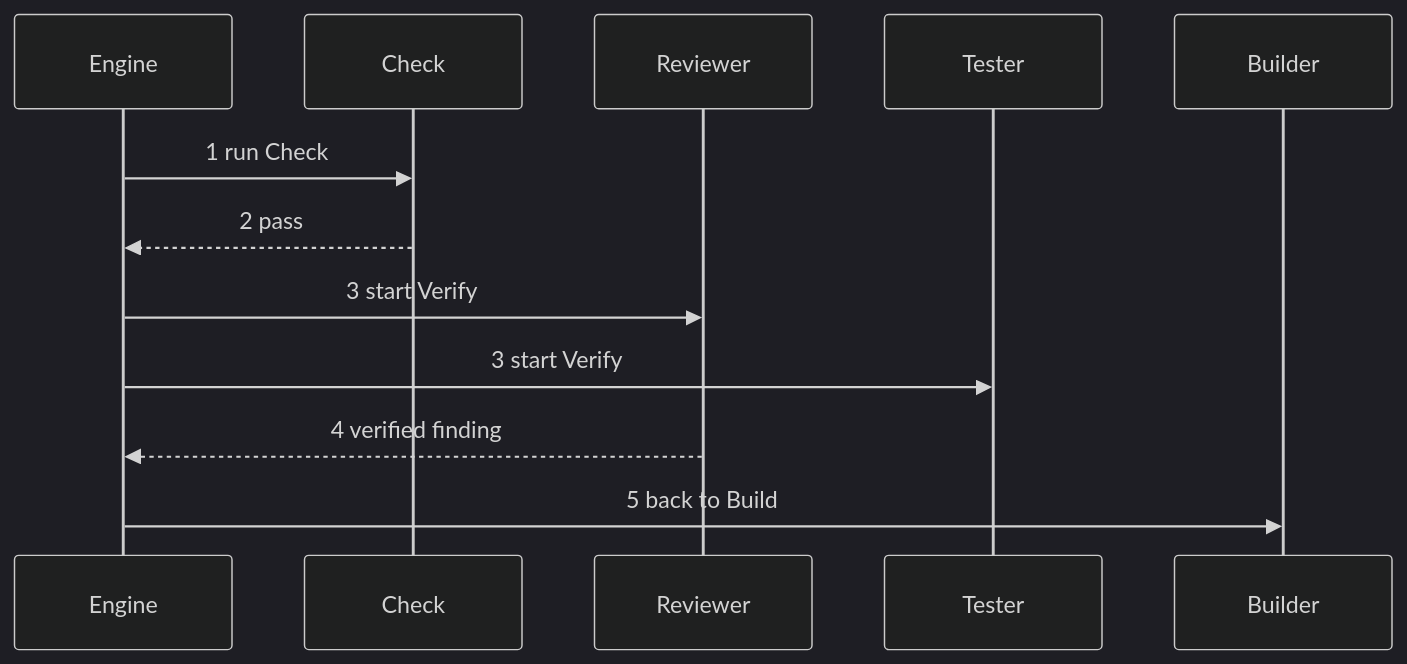
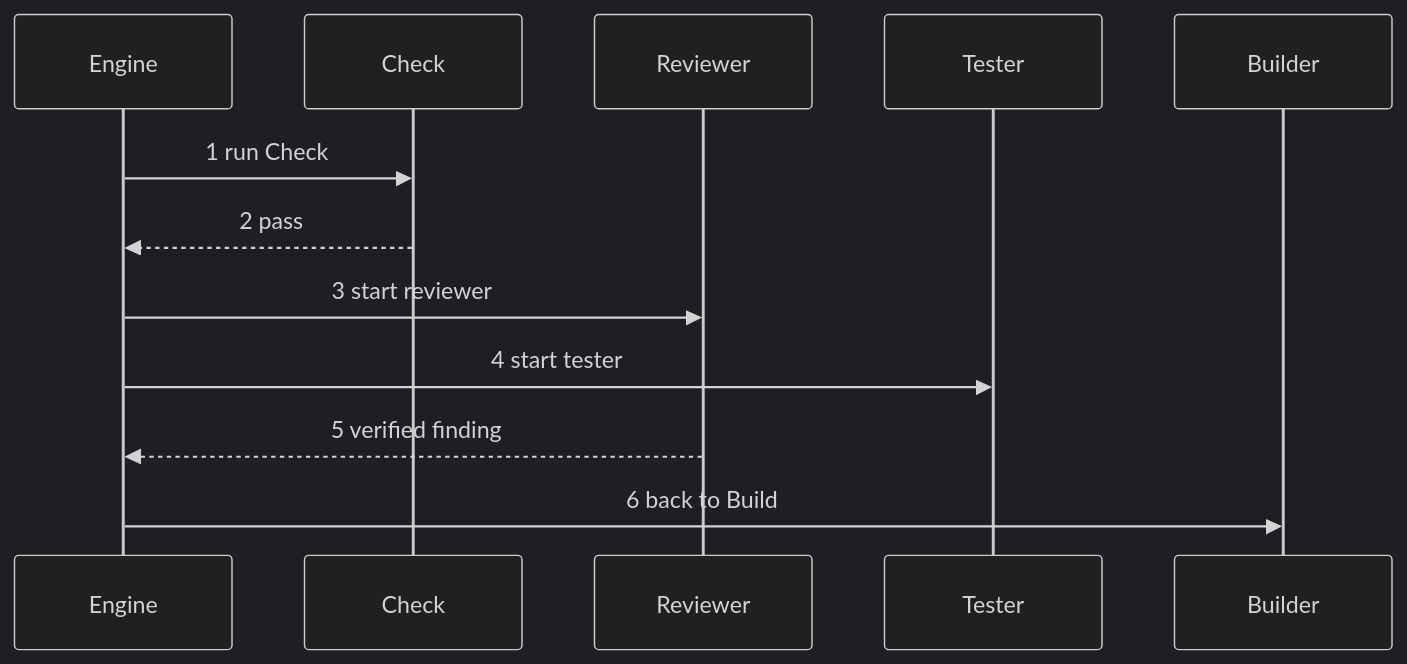
One commit to rdevitto86/komodo-agentic-harness-coding changed diagram 24 of 45 in docs/hld.md. Above: the diagram before and after it, drawn with Mermaid (dark theme). The commit also changed other lines of this file, not shown here.

````diff
--- a/docs/hld.md
+++ b/docs/hld.md
@@ -1178,14 +1179,14 @@
 ```mermaid
 sequenceDiagram
   participant E as Engine
   participant C as Check
   participant R as Reviewer
   participant T as Tester
   participant B as Builder
   E->>C: 1 run Check
   C-->>E: 2 pass
-  E->>R: 3 start Verify
-  E->>T: 3 start Verify
-  R-->>E: 4 verified finding
-  E->>B: 5 back to Build
+  E->>R: 3 start reviewer
+  E->>T: 4 start tester
+  R-->>E: 5 verified finding
+  E->>B: 6 back to Build
 ```
````
